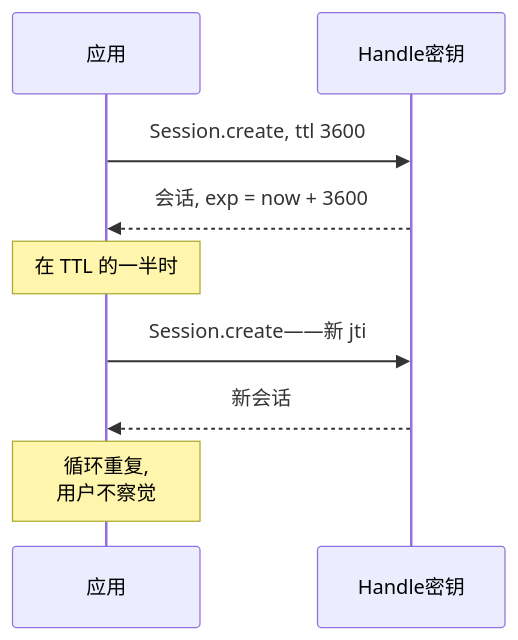
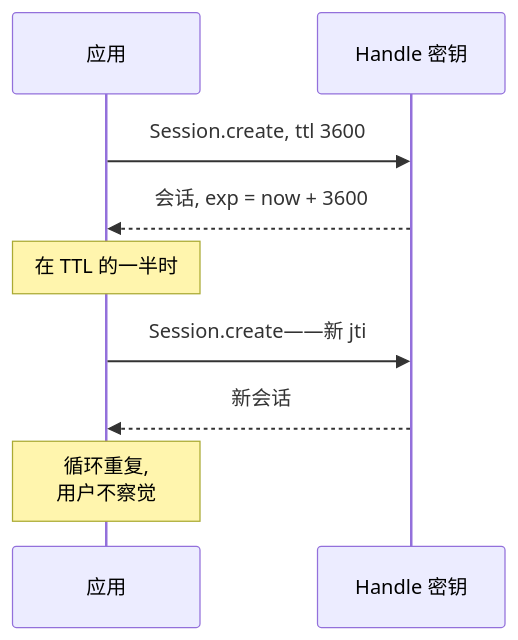
One commit to me2em-org/me2em-website changed the second of 2 diagrams in src/content/blog/zh/stateless-sessions-no-database.md. Above: the diagram before and after it, drawn with Mermaid. The commit also changed other lines of this file and 6 other files, not shown here.

````diff
--- a/src/content/blog/zh/stateless-sessions-no-database.md
+++ b/src/content/blog/zh/stateless-sessions-no-database.md
@@ -131,11 +131,11 @@
 ```mermaid
 sequenceDiagram
     participant App as 应用
-    participant K as Handle密钥
+    participant K as Handle 密钥
     App->>K: Session.create, ttl 3600
     K-->>App: 会话, exp = now + 3600
     Note over App: 在 TTL 的一半时
     App->>K: Session.create——新 jti
     K-->>App: 新会话
     Note over App: 循环重复,<br/>用户不察觉
 ```
````
